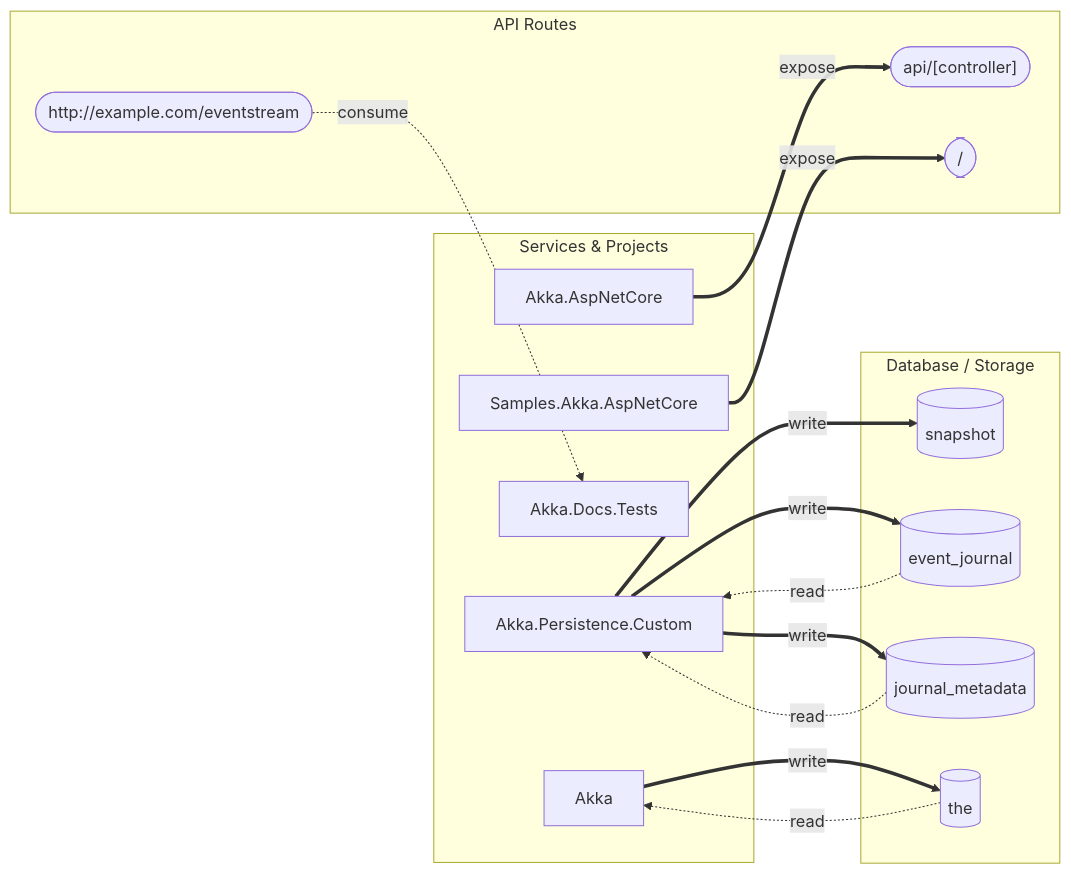
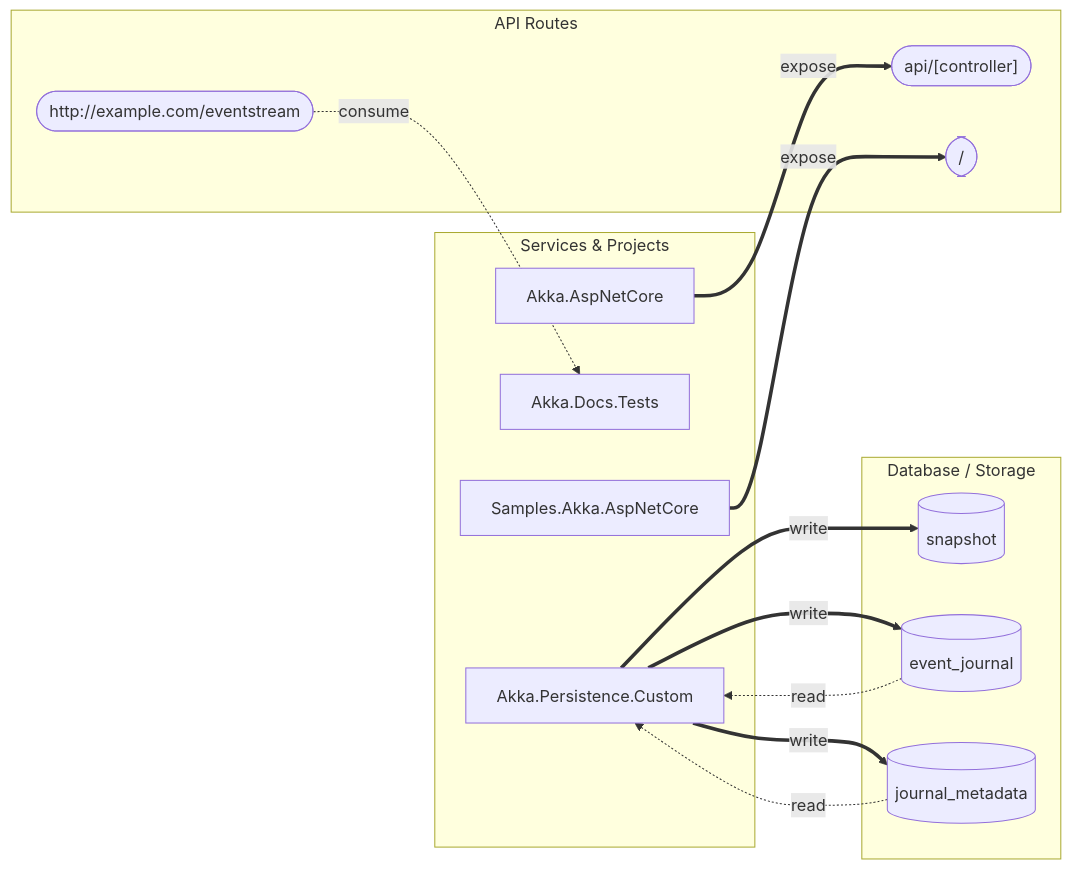
The fourth of 5 diagrams in output-akkanet/diagrams/all-diagrams.md (GanizaniSitara/tools-static-analysis), drawn with Mermaid before and after one commit. The commit also changed 17 other files, not shown here.

First line of the commit message:
Add click-through detail panel for data flow edges

````diff
--- a/output-akkanet/diagrams/all-diagrams.md
+++ b/output-akkanet/diagrams/all-diagrams.md
@@ -426,31 +426,27 @@
 ```mermaid
 graph LR
     subgraph Projects["Services & Projects"]
-        Akka["Akka"]
         Akka_AspNetCore["Akka.AspNetCore"]
         Akka_Docs_Tests["Akka.Docs.Tests"]
         Akka_Persistence_Custom["Akka.Persistence.Custom"]
         Samples_Akka_AspNetCore["Samples.Akka.AspNetCore"]
     end
     subgraph Database["Database / Storage"]
         table_snapshot[("snapshot")]
         table_event_journal[("event_journal")]
         table_journal_metadata[("journal_metadata")]
-        table_the[("the")]
     end
     subgraph APIs["API Routes"]
         route_api__controller_(["api/[controller]"])
         route__(["/"])
         url_http___example_com_eventstream(["http://example.com/eventstream"])
     end
     Akka_Persistence_Custom ==>|write| table_snapshot
     Akka_Persistence_Custom ==>|write| table_event_journal
     table_event_journal -.->|read| Akka_Persistence_Custom
     Akka_Persistence_Custom ==>|write| table_journal_metadata
     table_journal_metadata -.->|read| Akka_Persistence_Custom
-    Akka ==>|write| table_the
-    table_the -.->|read| Akka
     Akka_AspNetCore ==>|expose| route_api__controller_
     Samples_Akka_AspNetCore ==>|expose| route__
     url_http___example_com_eventstream -.->|consume| Akka_Docs_Tests
 ```
````
